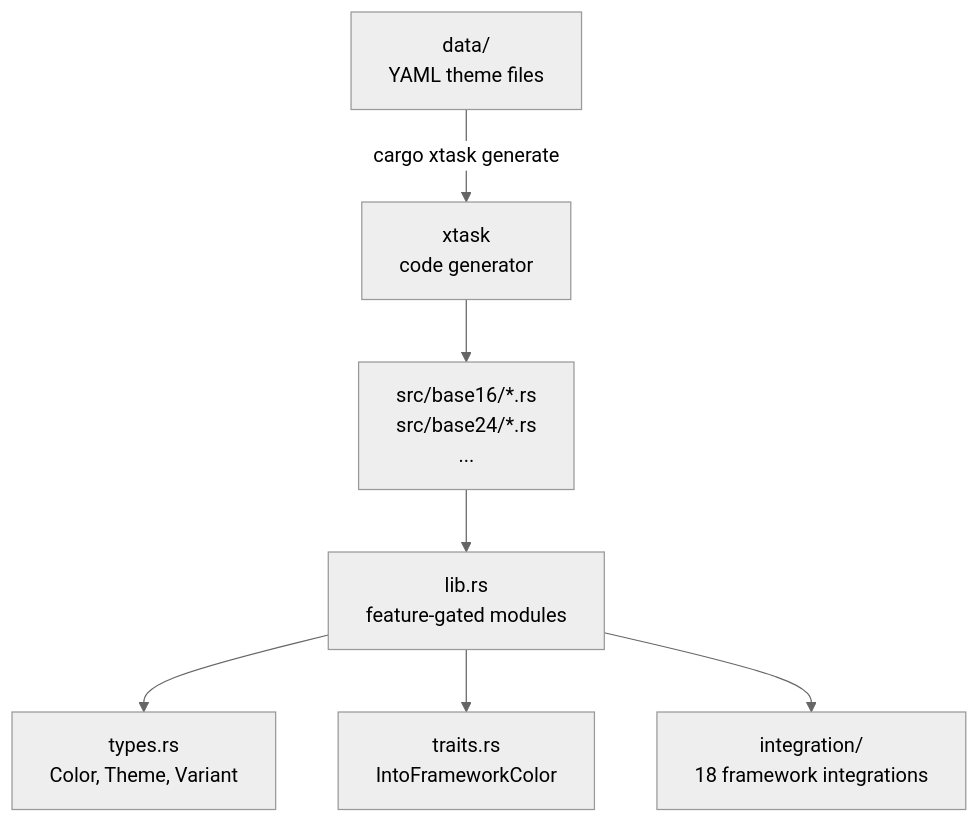
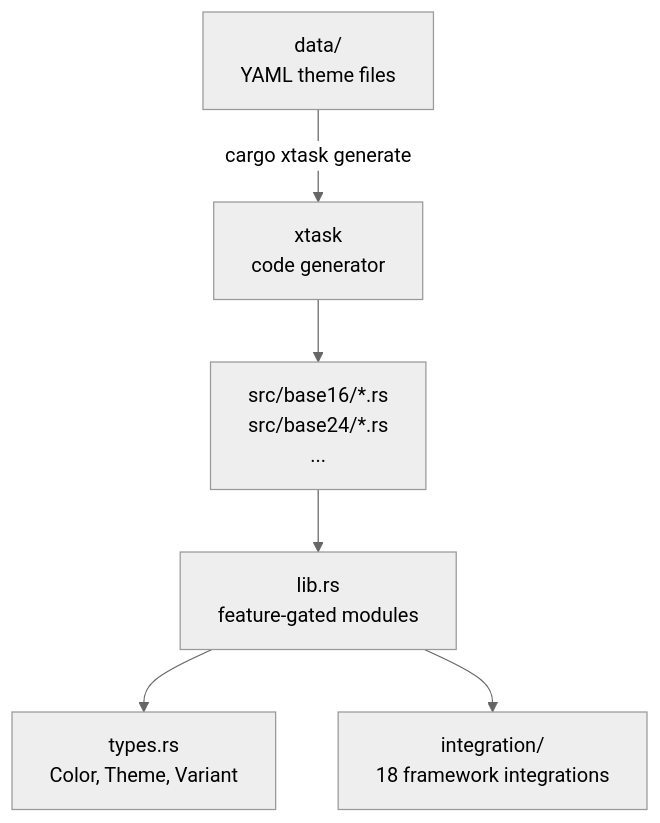
One commit to resonant-jovian/chromata changed the diagram in README.md. Above: the diagram before and after it, drawn with Mermaid. The commit also changed other lines of this file and 4 other files, not shown here.

````diff
--- a/README.md
+++ b/README.md
@@ -120,10 +120,9 @@
 ```mermaid
 %%{init: {'theme': 'neutral'}}%%
 graph TD
     DATA["data/<br>YAML theme files"] -->|cargo xtask generate| GEN["xtask<br>code generator"]
     GEN --> SRC["src/base16/*.rs<br>src/base24/*.rs<br>..."]
     SRC --> LIB["lib.rs<br>feature-gated modules"]
     LIB --> TYPES["types.rs<br>Color, Theme, Variant"]
-    LIB --> TRAITS["traits.rs<br>IntoFrameworkColor"]
     LIB --> INT["integration/<br>18 framework integrations"]
 ```
````
